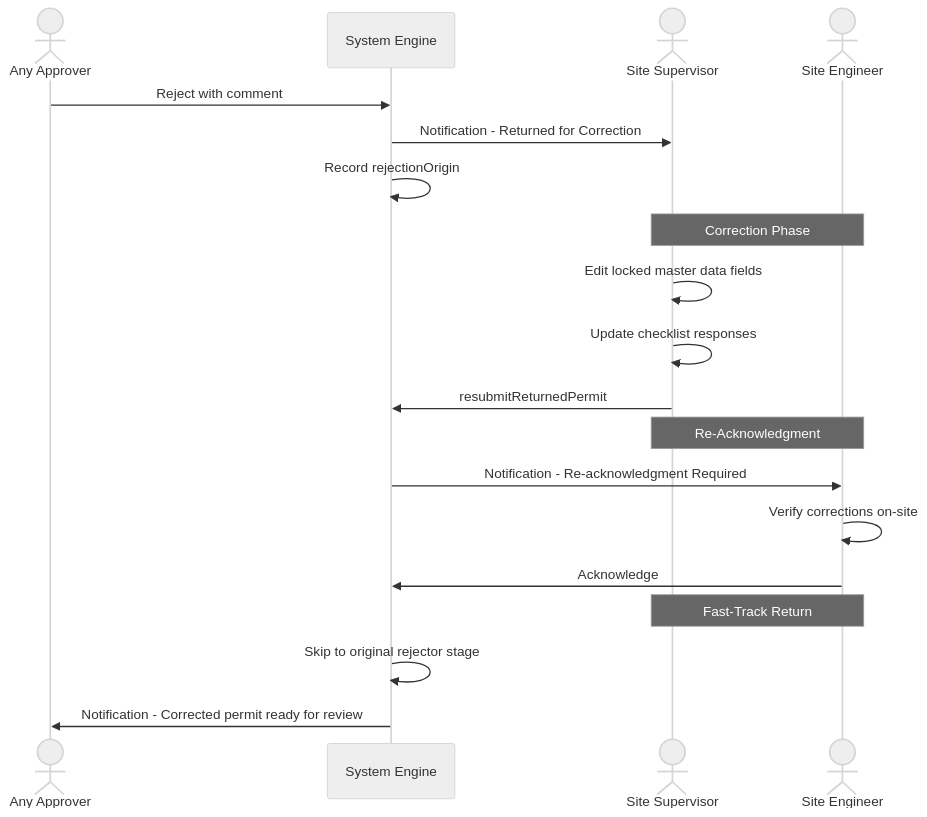
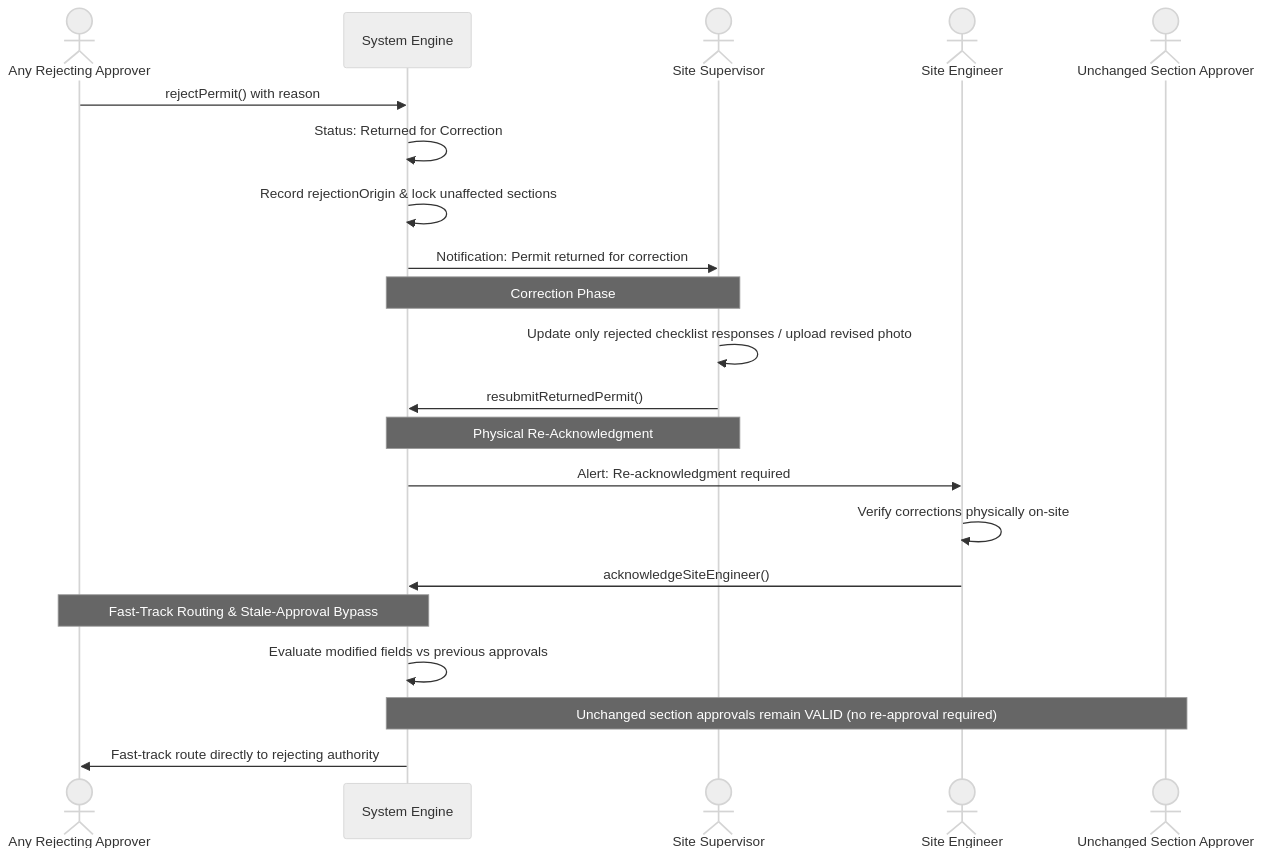
Diagram 14 of 25 in README.md (AuroGroupAutomationBot/ARPL-EHS-Demo), drawn with Mermaid (neutral theme) before and after one commit. The commit also changed other lines of this file, not shown here.

````diff
--- a/README.md
+++ b/README.md
@@ -491,25 +1097,27 @@
 ```mermaid
 sequenceDiagram
-    actor Approver as Any Approver
+    actor Approver as Any Rejecting Approver
     participant SYS as System Engine
     actor SS as Site Supervisor
     actor SE as Site Engineer
+    actor PreviousApprover as Unchanged Section Approver
 
-    Approver->>SYS: Reject with comment
-    SYS->>SS: Notification - Returned for Correction
-    SYS->>SYS: Record rejectionOrigin
+    Approver->>SYS: rejectPermit() with reason
+    SYS->>SYS: Status: Returned for Correction
+    SYS->>SYS: Record rejectionOrigin & lock unaffected sections
+    SYS->>SS: Notification: Permit returned for correction
 
-    Note over SS,SE: Correction Phase
-    SS->>SS: Edit locked master data fields
-    SS->>SS: Update checklist responses
-    SS->>SYS: resubmitReturnedPermit
+    Note over SS,SYS: Correction Phase
+    SS->>SS: Update only rejected checklist responses / upload revised photo
+    SS->>SYS: resubmitReturnedPermit()
 
-    Note over SS,SE: Re-Acknowledgment
-    SYS->>SE: Notification - Re-acknowledgment Required
-    SE->>SE: Verify corrections on-site
-    SE->>SYS: Acknowledge
+    Note over SS,SYS: Physical Re-Acknowledgment
+    SYS->>SE: Alert: Re-acknowledgment required
+    SE->>SE: Verify corrections physically on-site
+    SE->>SYS: acknowledgeSiteEngineer()
 
-    Note over SS,SE: Fast-Track Return
-    SYS->>SYS: Skip to original rejector stage
-    SYS->>Approver: Notification - Corrected permit ready for review
+    Note over SYS,Approver: Fast-Track Routing & Stale-Approval Bypass
+    SYS->>SYS: Evaluate modified fields vs previous approvals
+    Note over PreviousApprover,SYS: Unchanged section approvals remain VALID (no re-approval required)
+    SYS->>Approver: Fast-track route directly to rejecting authority
 ```
````
